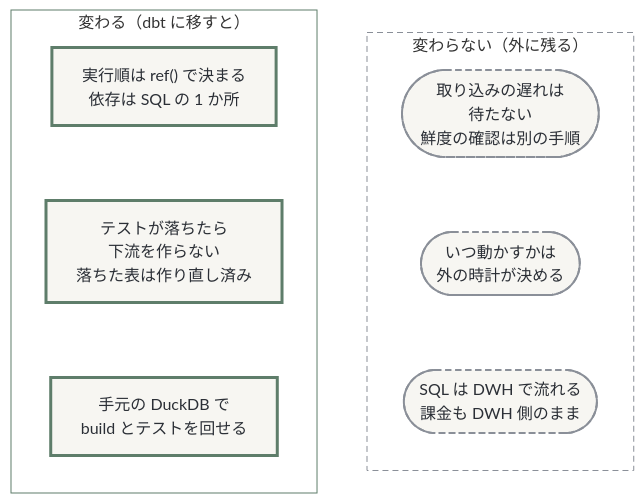
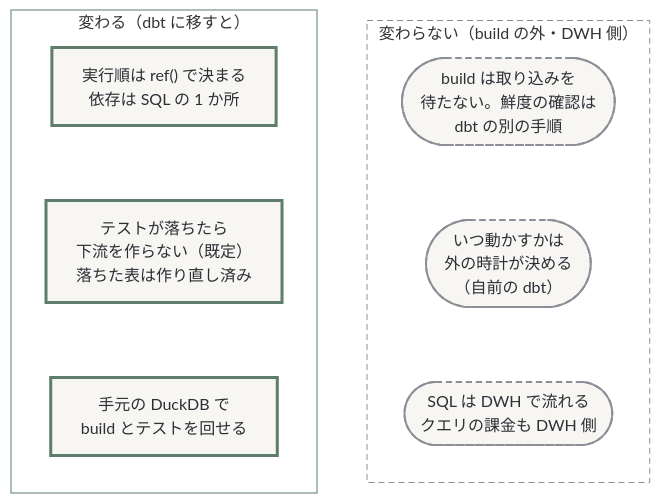
The first of 6 diagrams in articles/dbt-ep0-intro.md (e8dev-note/zenn-content), drawn with Mermaid before and after one commit. The commit also changed other lines of this file, not shown here.

Commit message:
Update draft: dbt-ep0-intro (diagram fixes)

````diff
--- a/articles/dbt-ep0-intro.md
+++ b/articles/dbt-ep0-intro.md
@@ -23,22 +23,22 @@
 ```mermaid
 flowchart LR
   subgraph change["変わる（dbt に移すと）"]
     direction TB
     run_order["実行順は ref() で決まる<br/>依存は SQL の 1 か所"]:::proc
-    test_stops["テストが落ちたら<br/>下流を作らない<br/>落ちた表は作り直し済み"]:::proc
+    test_stops["テストが落ちたら<br/>下流を作らない（既定）<br/>落ちた表は作り直し済み"]:::proc
     local_check["手元の DuckDB で<br/>build とテストを回せる"]:::proc
     run_order ~~~ test_stops ~~~ local_check
   end
-  subgraph keep["変わらない（外に残る）"]
+  subgraph keep["変わらない（build の外・DWH 側）"]
     direction TB
-    ingest_wait(["取り込みの遅れは<br/>待たない<br/>鮮度の確認は別の手順"]):::keep
-    schedule_out(["いつ動かすかは<br/>外の時計が決める"]):::keep
-    dwh_run(["SQL は DWH で流れる<br/>課金も DWH 側のまま"]):::keep
+    ingest_wait(["build は取り込みを<br/>待たない。鮮度の確認は<br/>dbt の別の手順"]):::keep
+    schedule_out(["いつ動かすかは<br/>外の時計が決める<br/>（自前の dbt）"]):::keep
+    dwh_run(["SQL は DWH で流れる<br/>クエリの課金も DWH 側"]):::keep
     ingest_wait ~~~ schedule_out ~~~ dwh_run
   end
   change ~~~ keep
   classDef proc fill:#F7F6F2,stroke:#5E7D6A,stroke-width:3px,color:#2B2F36
   classDef keep fill:#F7F6F2,stroke:#8A8F98,stroke-width:2px,stroke-dasharray:6 4,color:#2B2F36
   style change fill:none,stroke:#5E7D6A
   style keep fill:none,stroke:#8A8F98,stroke-dasharray:6 4
 ```
````
